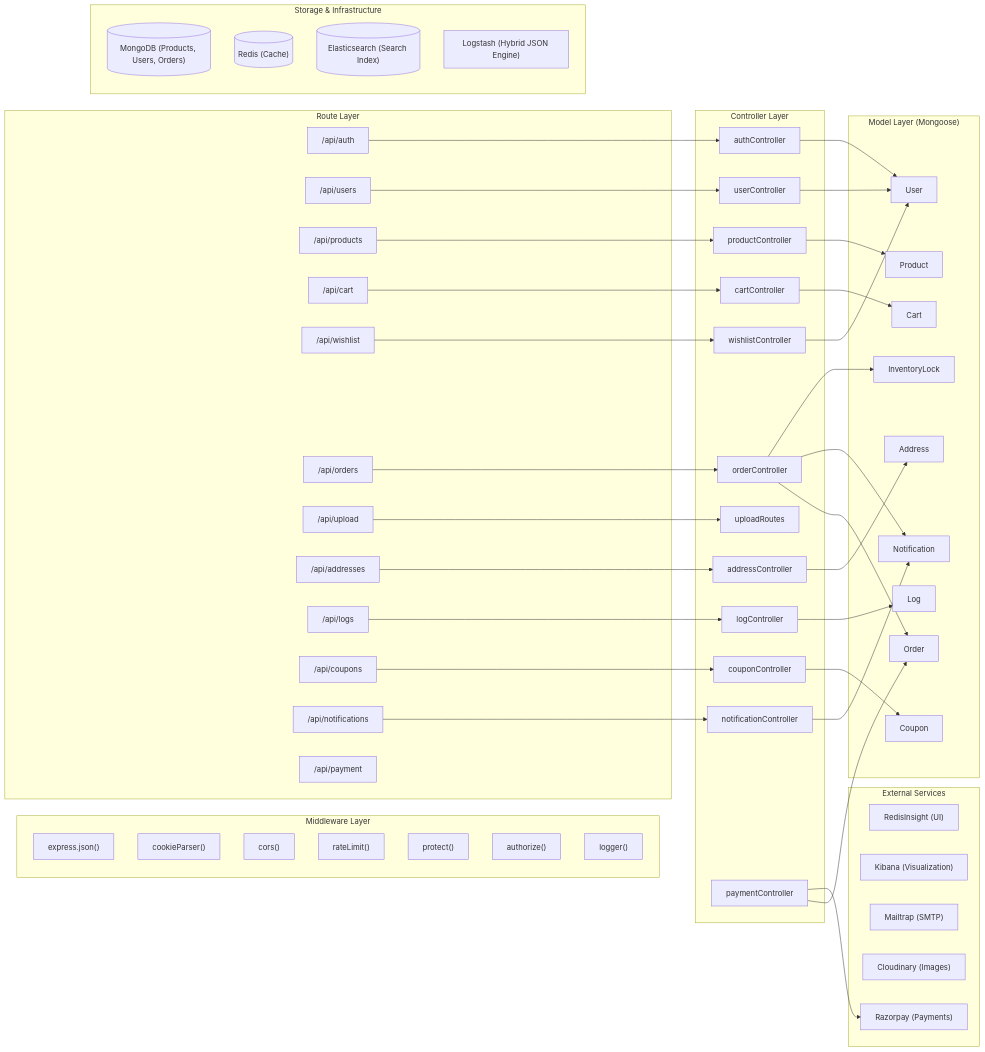
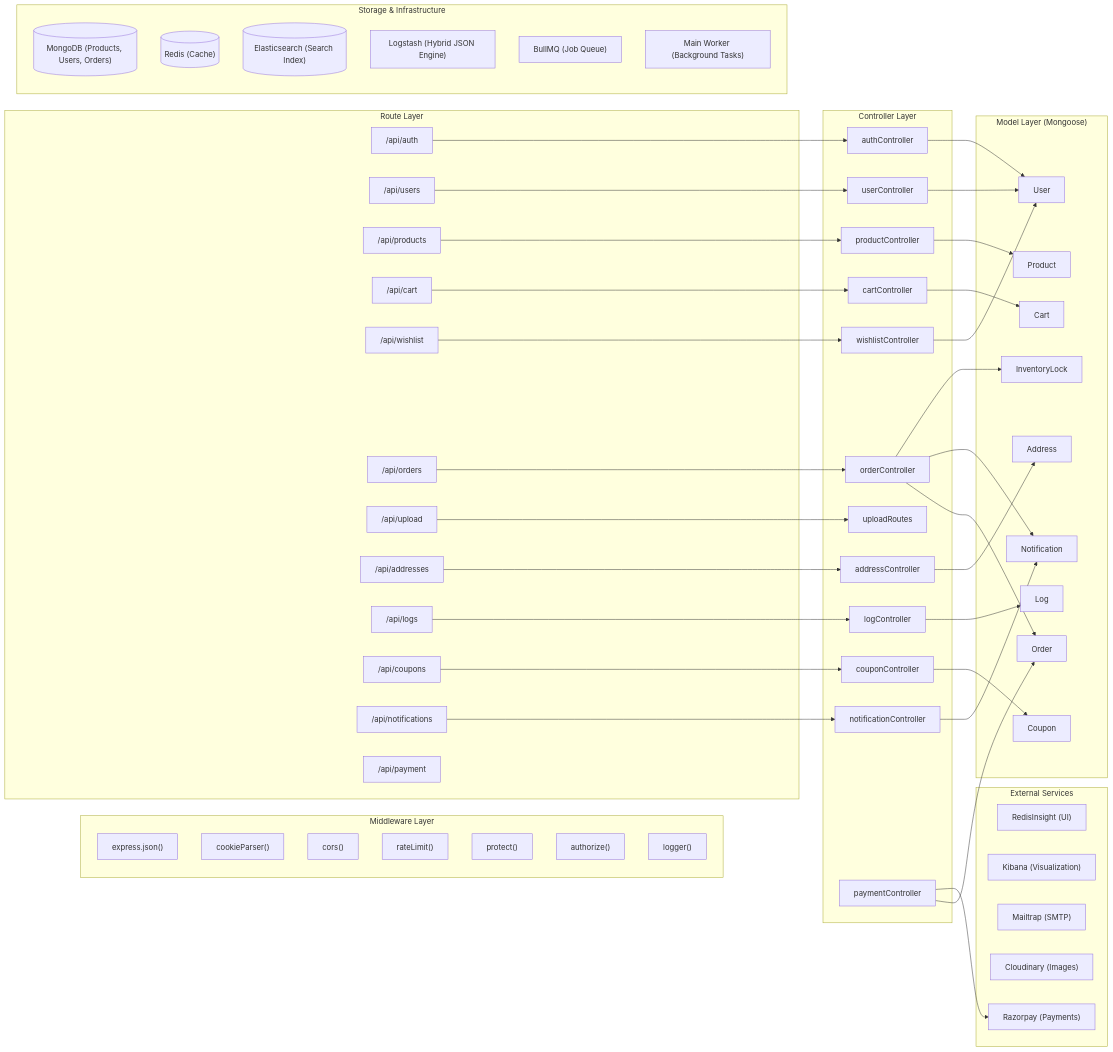
Before and after one commit to Narendrakaduru/QuickCart: the second of 12 diagrams in architecture_diagrams.md, drawn with Mermaid. The commit also changed other lines of this file and 10 other files, not shown here.

```diff
--- a/architecture_diagrams.md
+++ b/architecture_diagrams.md
@@ -108,6 +114,8 @@
         Redis[("Redis (Cache)")]
         Elasticsearch[("Elasticsearch (Search Index)")]
         Logstash["Logstash (Hybrid JSON Engine)"]
+        BullMQ["BullMQ (Job Queue)"]
+        Worker["Main Worker (Background Tasks)"]
     end
 
     subgraph "External Services"
```
